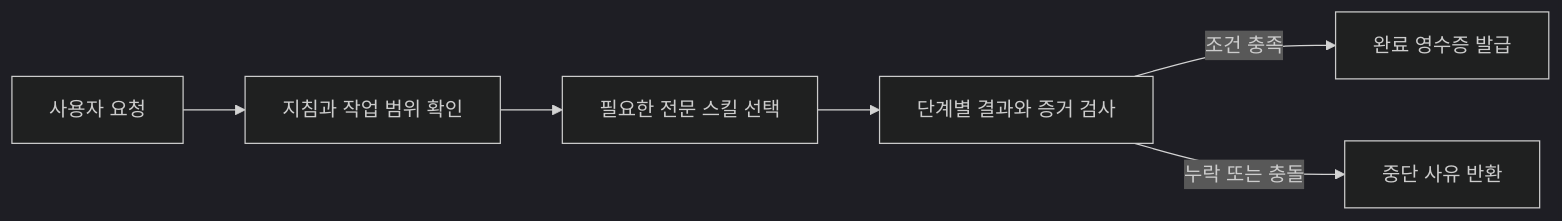
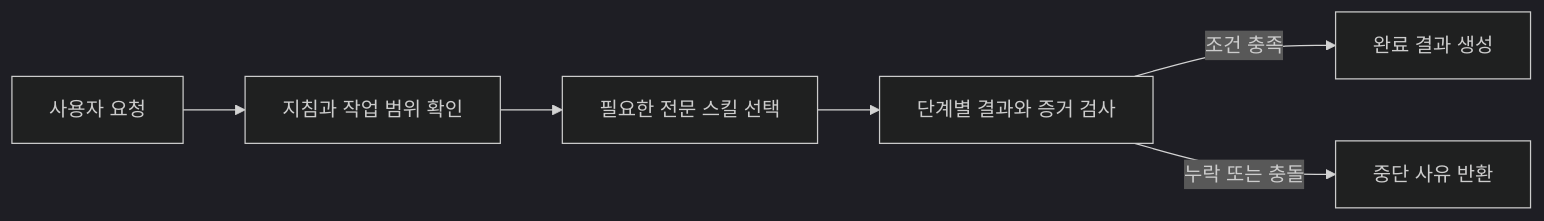
One commit to jaeseongs95/agent-governance-suite changed the diagram in README.md. Above: the diagram before and after it, drawn with Mermaid (dark theme). The commit also changed 1 other file, not shown here.

Commit message:
docs: use 완료 결과 in the flow diagram and the glossary
The prose around them already says 완료 결과, matching the repository
glossary entry completion-result-ko. The mermaid node sits in a fenced
code block and the glossary row lives outside the polished README, so
neither was in scope for the prose pipeline.

````diff
--- a/README.md
+++ b/README.md
@@ -28,8 +28,8 @@
 ```mermaid
 flowchart LR
     A[사용자 요청] --> B[지침과 작업 범위 확인]
     B --> C[필요한 전문 스킬 선택]
     C --> D[단계별 결과와 증거 검사]
-    D -->|조건 충족| E[완료 영수증 발급]
+    D -->|조건 충족| E[완료 결과 생성]
     D -->|누락 또는 충돌| F[중단 사유 반환]
 ```
````
